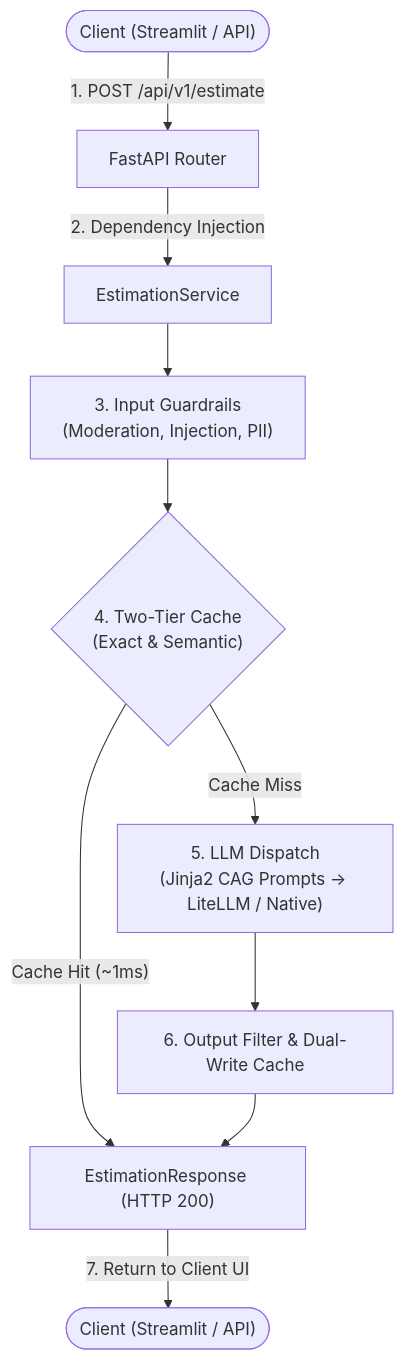
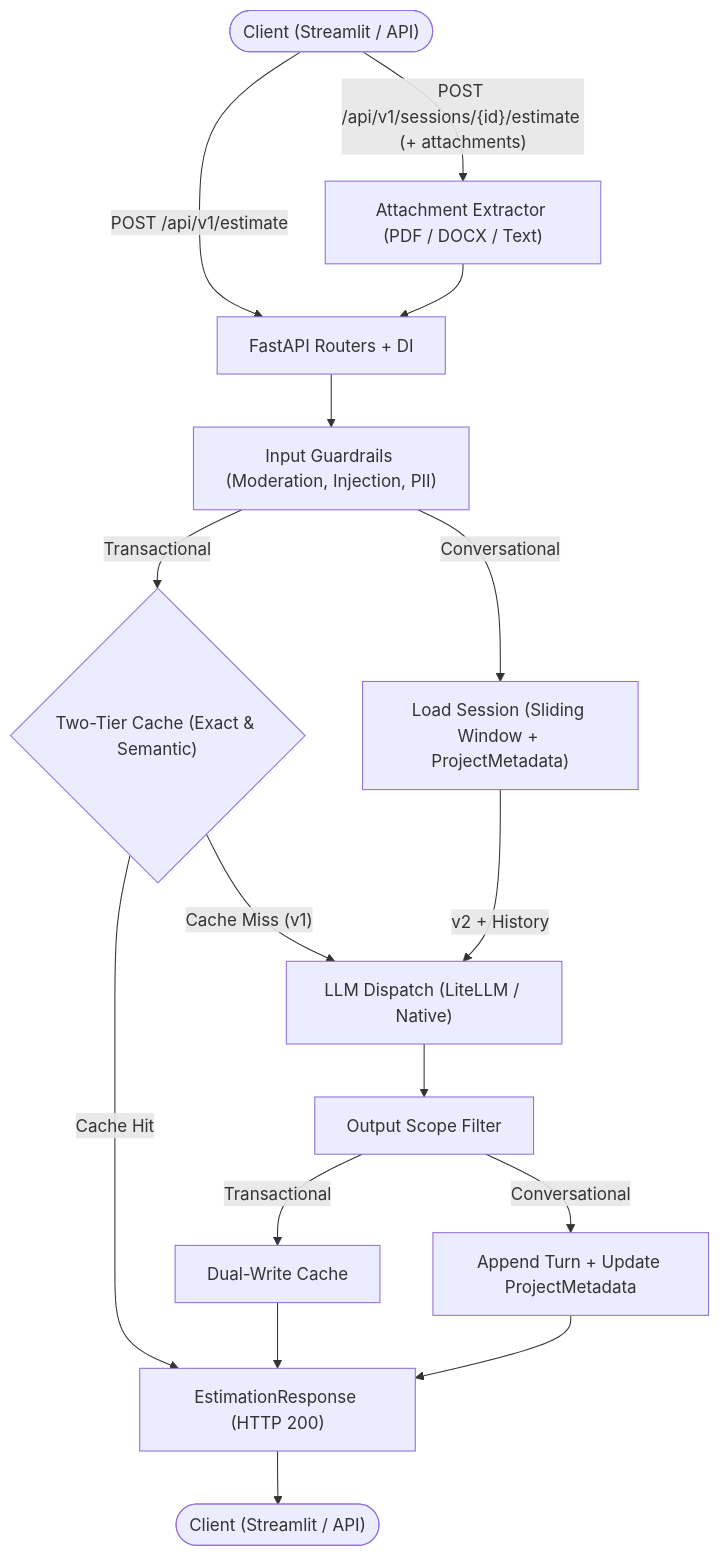
One commit to NestorDR/aie-estimator changed the diagram in README.md. Above: the diagram before and after it, drawn with Mermaid.

Commit message:
Update diagram in README.md to reflect new components and dependencies

````diff
--- a/README.md
+++ b/README.md
@@ -27,14 +27,22 @@
 ```mermaid
 flowchart TD
-    Client(["Client (Streamlit / API)"]) -->|"1. POST /api/v1/estimate"| Router["FastAPI Router"]
-    Router -->|"2. Dependency Injection"| Service["EstimationService"]
-    Service --> Guardrails["3. Input Guardrails\n(Moderation, Injection, PII)"]
-    Guardrails --> Cache{"4. Two-Tier Cache\n(Exact & Semantic)"}
+    Client(["Client (Streamlit / API)"]) -->|"POST /api/v1/estimate"| Router["FastAPI Routers + DI"]
+    Client -->|"POST /api/v1/sessions/{id}/estimate (+ attachments)"| Attachments["Attachment Extractor (PDF / DOCX / Text)"]
+    Attachments --> Router
 
-    Cache -->|"Cache Miss"| LLM["5. LLM Dispatch\n(Jinja2 CAG Prompts → LiteLLM / Native)"]
-    LLM --> OutputGuard["6. Output Filter & Dual-Write Cache"]
+    Router --> Guardrails["Input Guardrails (Moderation, Injection, PII)"]
+    Guardrails -->|"Transactional"| Cache{"Two-Tier Cache (Exact & Semantic)"}
+    Guardrails -->|"Conversational"| SessionCtx["Load Session (Sliding Window + ProjectMetadata)"]
 
-    Cache -->|"Cache Hit (~1ms)"| Response["EstimationResponse (HTTP 200)"]
-    OutputGuard --> Response
-    Response -->|"7. Return to Client UI"| ClientDone(["Client (Streamlit / API)"])
+    Cache -->|"Cache Hit"| Response["EstimationResponse (HTTP 200)"]
+    Cache -->|"Cache Miss (v1)"| LLM["LLM Dispatch (LiteLLM / Native)"]
+    SessionCtx -->|"v2 + History"| LLM
+
+    LLM --> OutputGuard["Output Scope Filter"]
+    OutputGuard -->|"Transactional"| CacheWrite["Dual-Write Cache"]
+    OutputGuard -->|"Conversational"| MemoryUpdate["Append Turn + Update ProjectMetadata"]
+
+    CacheWrite --> Response
+    MemoryUpdate --> Response
+    Response --> ClientDone(["Client (Streamlit / API)"])
 ```
````
